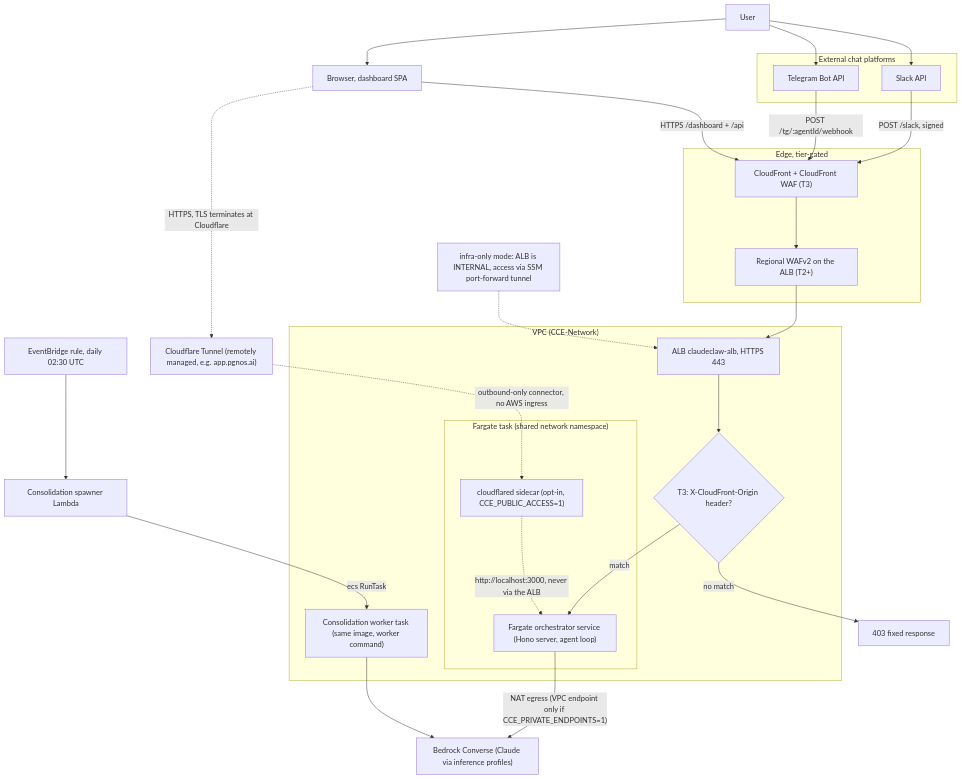
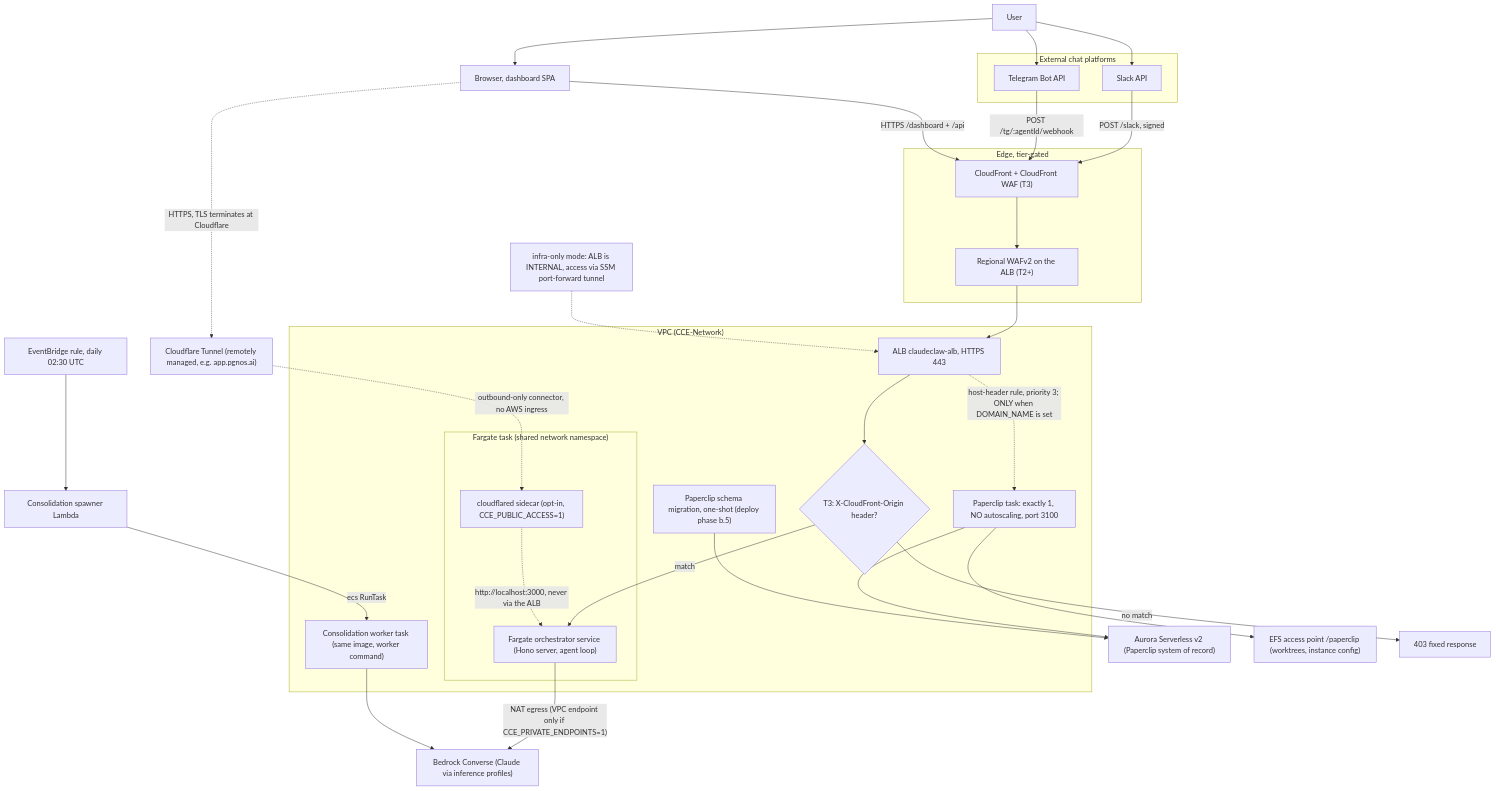
Before and after one commit to Adams-Captial-Holdings-Ltd/Netzer-Labs: the diagram in docs/diagrams/architecture-compute.md, drawn with Mermaid. The commit also changed other lines of this file and 28 other files, not shown here.

````diff
--- a/docs/diagrams/architecture-compute.md
+++ b/docs/diagrams/architecture-compute.md
@@ -6,56 +6,64 @@
 ```mermaid
 flowchart TD
   USER["User"]
 
   subgraph external["External chat platforms"]
     SLACK["Slack API"]
     TG["Telegram Bot API"]
   end
   BROWSER["Browser, dashboard SPA"]
 
   USER --> SLACK
   USER --> TG
   USER --> BROWSER
 
   subgraph edge["Edge, tier-gated"]
     CF["CloudFront + CloudFront WAF (T3)"]
     WAF["Regional WAFv2 on the ALB (T2+)"]
   end
 
   SLACK -->|"POST /slack, signed"| CF
   TG -->|"POST /tg/:agentId/webhook"| CF
   BROWSER -->|"HTTPS /dashboard + /api"| CF
   CF --> WAF
 
   subgraph vpc["VPC (CCE-Network)"]
     ALB["ALB claudeclaw-alb, HTTPS 443"]
     ORIGIN{"T3: X-CloudFront-Origin header?"}
     subgraph task["Fargate task (shared network namespace)"]
       SIDECAR["cloudflared sidecar (opt-in, CCE_PUBLIC_ACCESS=1)"]
       SVC["Fargate orchestrator service (Hono server, agent loop)"]
     end
     WORKER["Consolidation worker task (same image, worker command)"]
+    PAPERCLIP["Paperclip task: exactly 1, NO autoscaling, port 3100"]
+    MIGRATE["Paperclip schema migration, one-shot (deploy phase b.5)"]
   end
+  AURORA["Aurora Serverless v2 (Paperclip system of record)"]
+  EFS["EFS access point /paperclip (worktrees, instance config)"]
 
   WAF --> ALB
+  ALB -.->|"host-header rule, priority 3; ONLY when DOMAIN_NAME is set"| PAPERCLIP
+  PAPERCLIP --> AURORA
+  PAPERCLIP --> EFS
+  MIGRATE --> AURORA
   ALB --> ORIGIN
   ORIGIN -->|"match"| SVC
   ORIGIN -->|"no match"| DENY["403 fixed response"]
 
   SPAWNER["Consolidation spawner Lambda"]
   NIGHTLY["EventBridge rule, daily 02:30 UTC"]
   NIGHTLY --> SPAWNER
   SPAWNER -->|"ecs RunTask"| WORKER
 
   BEDROCK["Bedrock Converse (Claude via inference profiles)"]
   SVC -->|"NAT egress (VPC endpoint only if CCE_PRIVATE_ENDPOINTS=1)"| BEDROCK
   WORKER --> BEDROCK
 
   TUNNEL["infra-only mode: ALB is INTERNAL, access via SSM port-forward tunnel"]
   TUNNEL -.-> ALB
 
   CFTUNNEL["Cloudflare Tunnel (remotely managed, e.g. app.pgnos.ai)"]
   BROWSER -.->|"HTTPS, TLS terminates at Cloudflare"| CFTUNNEL
   CFTUNNEL -.->|"outbound-only connector, no AWS ingress"| SIDECAR
   SIDECAR -.->|"http://localhost:3000, never via the ALB"| SVC
 ```
````
